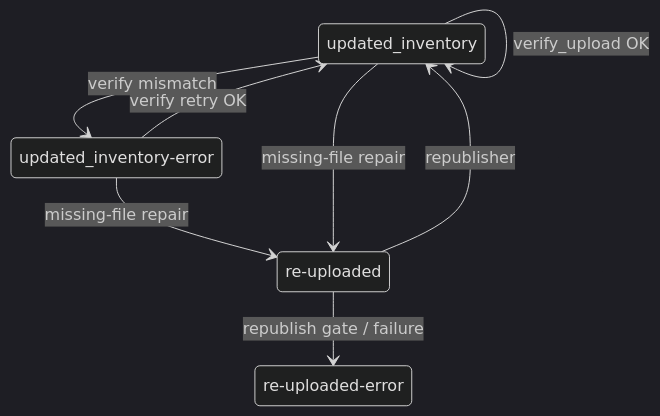
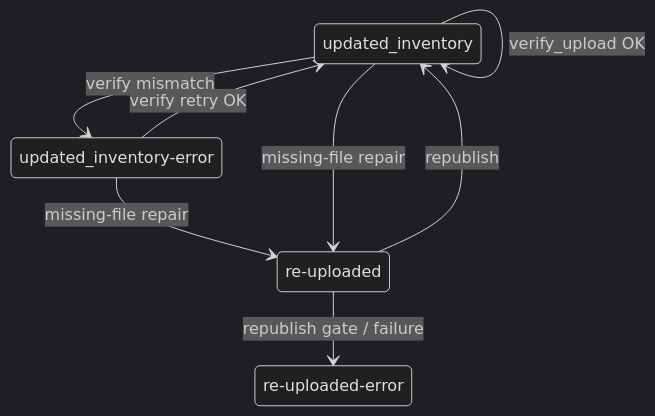
One commit to mkraley/DRPPipeline changed the sixth of 6 diagrams in docs/Status.md. Above: the diagram before and after it, drawn with Mermaid (dark theme). The commit also changed other lines of this file and 48 other files, not shown here.

````diff
--- a/docs/Status.md
+++ b/docs/Status.md
@@ -181,13 +180,13 @@
 ```mermaid
 stateDiagram-v2
   updated_inventory --> updated_inventory: verify_upload OK
   updated_inventory --> inventory_error: verify mismatch
   inventory_error: updated_inventory-error
   inventory_error --> updated_inventory: verify retry OK
   inventory_error --> re_uploaded: missing-file repair
   updated_inventory --> re_uploaded: missing-file repair
   re_uploaded: re-uploaded
-  re_uploaded --> updated_inventory: republisher
+  re_uploaded --> updated_inventory: republish
   re_uploaded --> re_uploaded_error: republish gate / failure
   re_uploaded_error: re-uploaded-error
 ```
````
